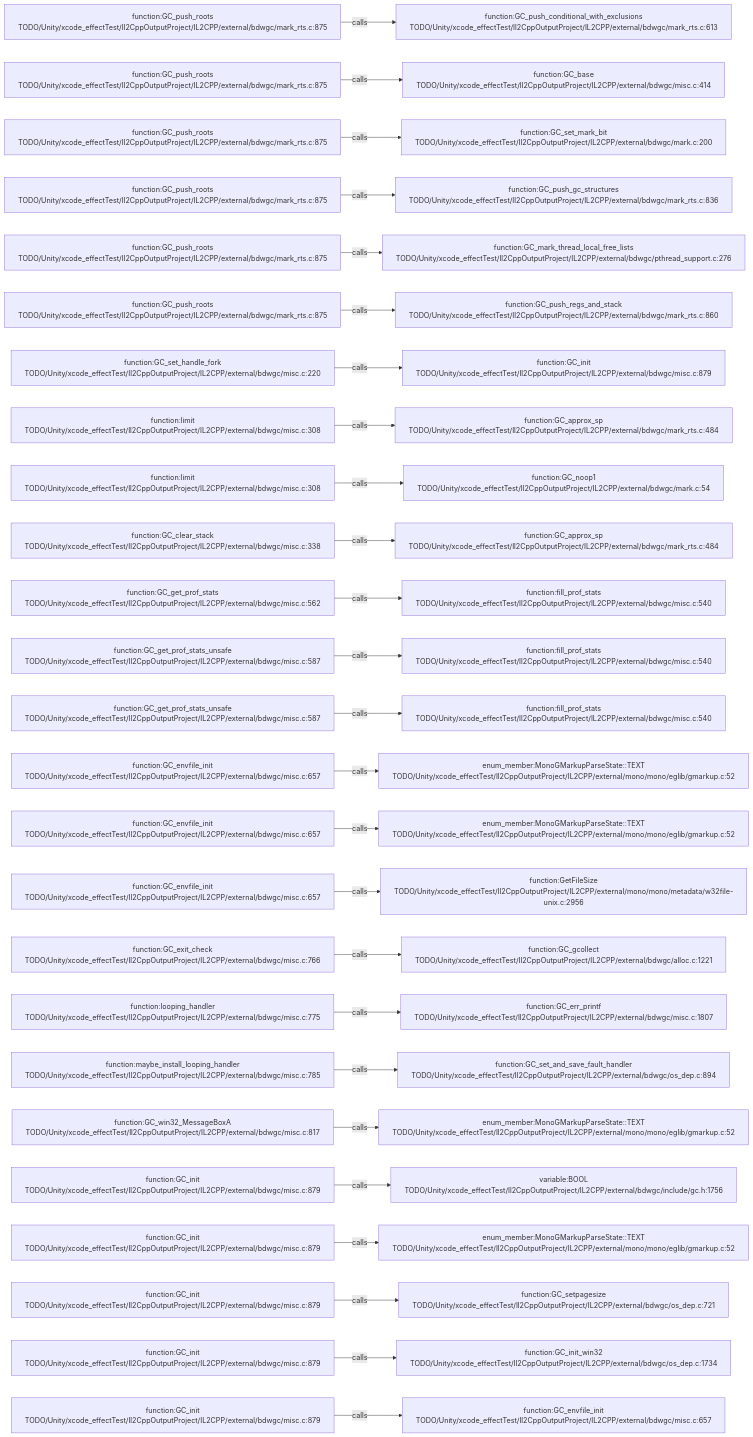
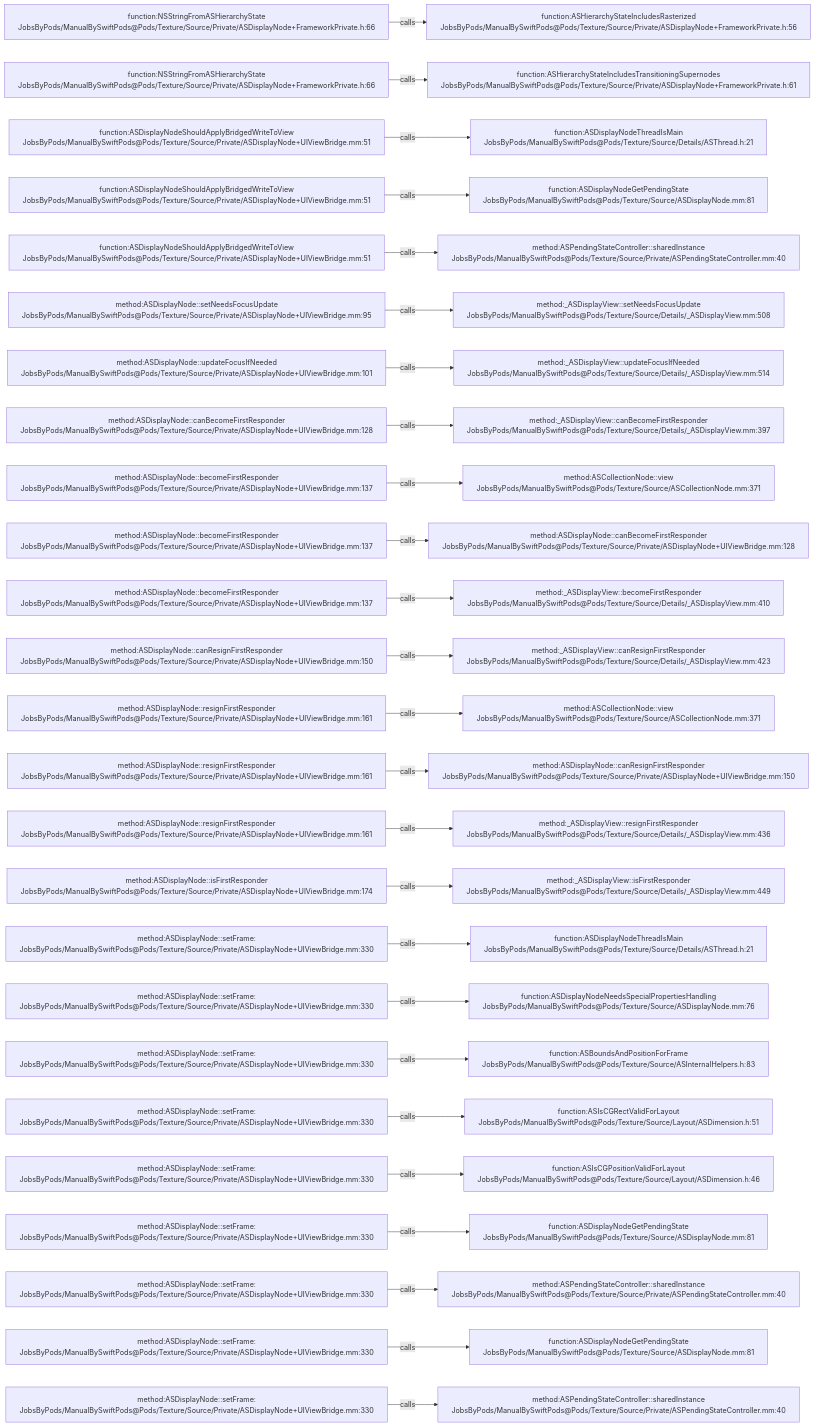
The diagram in .codegraph/codegraph.md/graphs/calls-137.md (JobsKits/JobsSwiftBaseConfigDemo), drawn with Mermaid before and after one commit. The commit also changed 2959 other files, not shown here.

````diff
--- a/.codegraph/codegraph.md/graphs/calls-137.md
+++ b/.codegraph/codegraph.md/graphs/calls-137.md
@@ -13,78 +13,78 @@
 ```mermaid
 flowchart LR
-  S1["function:GC_push_roots<br/>TODO/Unity/xcode_effectTest/Il2CppOutputProject/IL2CPP/external/bdwgc/mark_rts.c:875"]
-  T1["function:GC_push_conditional_with_exclusions<br/>TODO/Unity/xcode_effectTest/Il2CppOutputProject/IL2CPP/external/bdwgc/mark_rts.c:613"]
+  S1["function:NSStringFromASHierarchyState<br/>JobsByPods/ManualBySwiftPods@Pods/Texture/Source/Private/ASDisplayNode+FrameworkPrivate.h:66"]
+  T1["function:ASHierarchyStateIncludesRasterized<br/>JobsByPods/ManualBySwiftPods@Pods/Texture/Source/Private/ASDisplayNode+FrameworkPrivate.h:56"]
   S1 -->|calls| T1
-  S2["function:GC_push_roots<br/>TODO/Unity/xcode_effectTest/Il2CppOutputProject/IL2CPP/external/bdwgc/mark_rts.c:875"]
-  T2["function:GC_base<br/>TODO/Unity/xcode_effectTest/Il2CppOutputProject/IL2CPP/external/bdwgc/misc.c:414"]
+  S2["function:NSStringFromASHierarchyState<br/>JobsByPods/ManualBySwiftPods@Pods/Texture/Source/Private/ASDisplayNode+FrameworkPrivate.h:66"]
+  T2["function:ASHierarchyStateIncludesTransitioningSupernodes<br/>JobsByPods/ManualBySwiftPods@Pods/Texture/Source/Private/ASDisplayNode+FrameworkPrivate.h:61"]
   S2 -->|calls| T2
-  S3["function:GC_push_roots<br/>TODO/Unity/xcode_effectTest/Il2CppOutputProject/IL2CPP/external/bdwgc/mark_rts.c:875"]
-  T3["function:GC_set_mark_bit<br/>TODO/Unity/xcode_effectTest/Il2CppOutputProject/IL2CPP/external/bdwgc/mark.c:200"]
+  S3["function:ASDisplayNodeShouldApplyBridgedWriteToView<br/>JobsByPods/ManualBySwiftPods@Pods/Texture/Source/Private/ASDisplayNode+UIViewBridge.mm:51"]
+  T3["function:ASDisplayNodeThreadIsMain<br/>JobsByPods/ManualBySwiftPods@Pods/Texture/Source/Details/ASThread.h:21"]
   S3 -->|calls| T3
-  S4["function:GC_push_roots<br/>TODO/Unity/xcode_effectTest/Il2CppOutputProject/IL2CPP/external/bdwgc/mark_rts.c:875"]
-  T4["function:GC_push_gc_structures<br/>TODO/Unity/xcode_effectTest/Il2CppOutputProject/IL2CPP/external/bdwgc/mark_rts.c:836"]
+  S4["function:ASDisplayNodeShouldApplyBridgedWriteToView<br/>JobsByPods/ManualBySwiftPods@Pods/Texture/Source/Private/ASDisplayNode+UIViewBridge.mm:51"]
+  T4["function:ASDisplayNodeGetPendingState<br/>JobsByPods/ManualBySwiftPods@Pods/Texture/Source/ASDisplayNode.mm:81"]
   S4 -->|calls| T4
-  S5["function:GC_push_roots<br/>TODO/Unity/xcode_effectTest/Il2CppOutputProject/IL2CPP/external/bdwgc/mark_rts.c:875"]
-  T5["function:GC_mark_thread_local_free_lists<br/>TODO/Unity/xcode_effectTest/Il2CppOutputProject/IL2CPP/external/bdwgc/pthread_support.c:276"]
+  S5["function:ASDisplayNodeShouldApplyBridgedWriteToView<br/>JobsByPods/ManualBySwiftPods@Pods/Texture/Source/Private/ASDisplayNode+UIViewBridge.mm:51"]
+  T5["method:ASPendingStateController::sharedInstance<br/>JobsByPods/ManualBySwiftPods@Pods/Texture/Source/Private/ASPendingStateController.mm:40"]
   S5 -->|calls| T5
-  S6["function:GC_push_roots<br/>TODO/Unity/xcode_effectTest/Il2CppOutputProject/IL2CPP/external/bdwgc/mark_rts.c:875"]
-  T6["function:GC_push_regs_and_stack<br/>TODO/Unity/xcode_effectTest/Il2CppOutputProject/IL2CPP/external/bdwgc/mark_rts.c:860"]
+  S6["method:ASDisplayNode::setNeedsFocusUpdate<br/>JobsByPods/ManualBySwiftPods@Pods/Texture/Source/Private/ASDisplayNode+UIViewBridge.mm:95"]
+  T6["method:_ASDisplayView::setNeedsFocusUpdate<br/>JobsByPods/ManualBySwiftPods@Pods/Texture/Source/Details/_ASDisplayView.mm:508"]
   S6 -->|calls| T6
-  S7["function:GC_set_handle_fork<br/>TODO/Unity/xcode_effectTest/Il2CppOutputProject/IL2CPP/external/bdwgc/misc.c:220"]
-  T7["function:GC_init<br/>TODO/Unity/xcode_effectTest/Il2CppOutputProject/IL2CPP/external/bdwgc/misc.c:879"]
+  S7["method:ASDisplayNode::updateFocusIfNeeded<br/>JobsByPods/ManualBySwiftPods@Pods/Texture/Source/Private/ASDisplayNode+UIViewBridge.mm:101"]
+  T7["method:_ASDisplayView::updateFocusIfNeeded<br/>JobsByPods/ManualBySwiftPods@Pods/Texture/Source/Details/_ASDisplayView.mm:514"]
   S7 -->|calls| T7
-  S8["function:limit<br/>TODO/Unity/xcode_effectTest/Il2CppOutputProject/IL2CPP/external/bdwgc/misc.c:308"]
-  T8["function:GC_approx_sp<br/>TODO/Unity/xcode_effectTest/Il2CppOutputProject/IL2CPP/external/bdwgc/mark_rts.c:484"]
+  S8["method:ASDisplayNode::canBecomeFirstResponder<br/>JobsByPods/ManualBySwiftPods@Pods/Texture/Source/Private/ASDisplayNode+UIViewBridge.mm:128"]
+  T8["method:_ASDisplayView::canBecomeFirstResponder<br/>JobsByPods/ManualBySwiftPods@Pods/Texture/Source/Details/_ASDisplayView.mm:397"]
   S8 -->|calls| T8
-  S9["function:limit<br/>TODO/Unity/xcode_effectTest/Il2CppOutputProject/IL2CPP/external/bdwgc/misc.c:308"]
-  T9["function:GC_noop1<br/>TODO/Unity/xcode_effectTest/Il2CppOutputProject/IL2CPP/external/bdwgc/mark.c:54"]
+  S9["method:ASDisplayNode::becomeFirstResponder<br/>JobsByPods/ManualBySwiftPods@Pods/Texture/Source/Private/ASDisplayNode+UIViewBridge.mm:137"]
+  T9["method:ASCollectionNode::view<br/>JobsByPods/ManualBySwiftPods@Pods/Texture/Source/ASCollectionNode.mm:371"]
   S9 -->|calls| T9
-  S10["function:GC_clear_stack<br/>TODO/Unity/xcode_effectTest/Il2CppOutputProject/IL2CPP/external/bdwgc/misc.c:338"]
-  T10["function:GC_approx_sp<br/>TODO/Unity/xcode_effectTest/Il2CppOutputProject/IL2CPP/external/bdwgc/mark_rts.c:484"]
+  S10["method:ASDisplayNode::becomeFirstResponder<br/>JobsByPods/ManualBySwiftPods@Pods/Texture/Source/Private/ASDisplayNode+UIViewBridge.mm:137"]
+  T10["method:ASDisplayNode::canBecomeFirstResponder<br/>JobsByPods/ManualBySwiftPods@Pods/Texture/Source/Private/ASDisplayNode+UIViewBridge.mm:128"]
   S10 -->|calls| T10
-  S11["function:GC_get_prof_stats<br/>TODO/Unity/xcode_effectTest/Il2CppOutputProject/IL2CPP/external/bdwgc/misc.c:562"]
-  T11["function:fill_prof_stats<br/>TODO/Unity/xcode_effectTest/Il2CppOutputProject/IL2CPP/external/bdwgc/misc.c:540"]
+  S11["method:ASDisplayNode::becomeFirstResponder<br/>JobsByPods/ManualBySwiftPods@Pods/Texture/Source/Private/ASDisplayNode+UIViewBridge.mm:137"]
+  T11["method:_ASDisplayView::becomeFirstResponder<br/>JobsByPods/ManualBySwiftPods@Pods/Texture/Source/Details/_ASDisplayView.mm:410"]
   S11 -->|calls| T11
-  S12["function:GC_get_prof_stats_unsafe<br/>TODO/Unity/xcode_effectTest/Il2CppOutputProject/IL2CPP/external/bdwgc/misc.c:587"]
-  T12["function:fill_prof_stats<br/>TODO/Unity/xcode_effectTest/Il2CppOutputProject/IL2CPP/external/bdwgc/misc.c:540"]
+  S12["method:ASDisplayNode::canResignFirstResponder<br/>JobsByPods/ManualBySwiftPods@Pods/Texture/Source/Private/ASDisplayNode+UIViewBridge.mm:150"]
+  T12["method:_ASDisplayView::canResignFirstResponder<br/>JobsByPods/ManualBySwiftPods@Pods/Texture/Source/Details/_ASDisplayView.mm:423"]
   S12 -->|calls| T12
-  S13["function:GC_get_prof_stats_unsafe<br/>TODO/Unity/xcode_effectTest/Il2CppOutputProject/IL2CPP/external/bdwgc/misc.c:587"]
-  T13["function:fill_prof_stats<br/>TODO/Unity/xcode_effectTest/Il2CppOutputProject/IL2CPP/external/bdwgc/misc.c:540"]
+  S13["method:ASDisplayNode::resignFirstResponder<br/>JobsByPods/ManualBySwiftPods@Pods/Texture/Source/Private/ASDisplayNode+UIViewBridge.mm:161"]
+  T13["method:ASCollectionNode::view<br/>JobsByPods/ManualBySwiftPods@Pods/Texture/Source/ASCollectionNode.mm:371"]
   S13 -->|calls| T13
-  S14["function:GC_envfile_init<br/>TODO/Unity/xcode_effectTest/Il2CppOutputProject/IL2CPP/external/bdwgc/misc.c:657"]
-  T14["enum_member:MonoGMarkupParseState::TEXT<br/>TODO/Unity/xcode_effectTest/Il2CppOutputProject/IL2CPP/external/mono/mono/eglib/gmarkup.c:52"]
+  S14["method:ASDisplayNode::resignFirstResponder<br/>JobsByPods/ManualBySwiftPods@Pods/Texture/Source/Private/ASDisplayNode+UIViewBridge.mm:161"]
+  T14["method:ASDisplayNode::canResignFirstResponder<br/>JobsByPods/ManualBySwiftPods@Pods/Texture/Source/Private/ASDisplayNode+UIViewBridge.mm:150"]
   S14 -->|calls| T14
-  S15["function:GC_envfile_init<br/>TODO/Unity/xcode_effectTest/Il2CppOutputProject/IL2CPP/external/bdwgc/misc.c:657"]
-  T15["enum_member:MonoGMarkupParseState::TEXT<br/>TODO/Unity/xcode_effectTest/Il2CppOutputProject/IL2CPP/external/mono/mono/eglib/gmarkup.c:52"]
+  S15["method:ASDisplayNode::resignFirstResponder<br/>JobsByPods/ManualBySwiftPods@Pods/Texture/Source/Private/ASDisplayNode+UIViewBridge.mm:161"]
+  T15["method:_ASDisplayView::resignFirstResponder<br/>JobsByPods/ManualBySwiftPods@Pods/Texture/Source/Details/_ASDisplayView.mm:436"]
   S15 -->|calls| T15
-  S16["function:GC_envfile_init<br/>TODO/Unity/xcode_effectTest/Il2CppOutputProject/IL2CPP/external/bdwgc/misc.c:657"]
-  T16["function:GetFileSize<br/>TODO/Unity/xcode_effectTest/Il2CppOutputProject/IL2CPP/external/mono/mono/metadata/w32file-unix.c:2956"]
+  S16["method:ASDisplayNode::isFirstResponder<br/>JobsByPods/ManualBySwiftPods@Pods/Texture/Source/Private/ASDisplayNode+UIViewBridge.mm:174"]
+  T16["method:_ASDisplayView::isFirstResponder<br/>JobsByPods/ManualBySwiftPods@Pods/Texture/Source/Details/_ASDisplayView.mm:449"]
   S16 -->|calls| T16
-  S17["function:GC_exit_check<br/>TODO/Unity/xcode_effectTest/Il2CppOutputProject/IL2CPP/external/bdwgc/misc.c:766"]
-  T17["function:GC_gcollect<br/>TODO/Unity/xcode_effectTest/Il2CppOutputProject/IL2CPP/external/bdwgc/alloc.c:1221"]
+  S17["method:ASDisplayNode::setFrame:<br/>JobsByPods/ManualBySwiftPods@Pods/Texture/Source/Private/ASDisplayNode+UIViewBridge.mm:330"]
+  T17["function:ASDisplayNodeThreadIsMain<br/>JobsByPods/ManualBySwiftPods@Pods/Texture/Source/Details/ASThread.h:21"]
   S17 -->|calls| T17
-  S18["function:looping_handler<br/>TODO/Unity/xcode_effectTest/Il2CppOutputProject/IL2CPP/external/bdwgc/misc.c:775"]
-  T18["function:GC_err_printf<br/>TODO/Unity/xcode_effectTest/Il2CppOutputProject/IL2CPP/external/bdwgc/misc.c:1807"]
+  S18["method:ASDisplayNode::setFrame:<br/>JobsByPods/ManualBySwiftPods@Pods/Texture/Source/Private/ASDisplayNode+UIViewBridge.mm:330"]
+  T18["function:ASDisplayNodeNeedsSpecialPropertiesHandling<br/>JobsByPods/ManualBySwiftPods@Pods/Texture/Source/ASDisplayNode.mm:76"]
   S18 -->|calls| T18
-  S19["function:maybe_install_looping_handler<br/>TODO/Unity/xcode_effectTest/Il2CppOutputProject/IL2CPP/external/bdwgc/misc.c:785"]
-  T19["function:GC_set_and_save_fault_handler<br/>TODO/Unity/xcode_effectTest/Il2CppOutputProject/IL2CPP/external/bdwgc/os_dep.c:894"]
+  S19["method:ASDisplayNode::setFrame:<br/>JobsByPods/ManualBySwiftPods@Pods/Texture/Source/Private/ASDisplayNode+UIViewBridge.mm:330"]
+  T19["function:ASBoundsAndPositionForFrame<br/>JobsByPods/ManualBySwiftPods@Pods/Texture/Source/ASInternalHelpers.h:83"]
   S19 -->|calls| T19
-  S20["function:GC_win32_MessageBoxA<br/>TODO/Unity/xcode_effectTest/Il2CppOutputProject/IL2CPP/external/bdwgc/misc.c:817"]
-  T20["enum_member:MonoGMarkupParseState::TEXT<br/>TODO/Unity/xcode_effectTest/Il2CppOutputProject/IL2CPP/external/mono/mono/eglib/gmarkup.c:52"]
+  S20["method:ASDisplayNode::setFrame:<br/>JobsByPods/ManualBySwiftPods@Pods/Texture/Source/Private/ASDisplayNode+UIViewBridge.mm:330"]
+  T20["function:ASIsCGRectValidForLayout<br/>JobsByPods/ManualBySwiftPods@Pods/Texture/Source/Layout/ASDimension.h:51"]
   S20 -->|calls| T20
-  S21["function:GC_init<br/>TODO/Unity/xcode_effectTest/Il2CppOutputProject/IL2CPP/external/bdwgc/misc.c:879"]
-  T21["variable:BOOL<br/>TODO/Unity/xcode_effectTest/Il2CppOutputProject/IL2CPP/external/bdwgc/include/gc.h:1756"]
+  S21["method:ASDisplayNode::setFrame:<br/>JobsByPods/ManualBySwiftPods@Pods/Texture/Source/Private/ASDisplayNode+UIViewBridge.mm:330"]
+  T21["function:ASIsCGPositionValidForLayout<br/>JobsByPods/ManualBySwiftPods@Pods/Texture/Source/Layout/ASDimension.h:46"]
   S21 -->|calls| T21
-  S22["function:GC_init<br/>TODO/Unity/xcode_effectTest/Il2CppOutputProject/IL2CPP/external/bdwgc/misc.c:879"]
-  T22["enum_member:MonoGMarkupParseState::TEXT<br/>TODO/Unity/xcode_effectTest/Il2CppOutputProject/IL2CPP/external/mono/mono/eglib/gmarkup.c:52"]
+  S22["method:ASDisplayNode::setFrame:<br/>JobsByPods/ManualBySwiftPods@Pods/Texture/Source/Private/ASDisplayNode+UIViewBridge.mm:330"]
+  T22["function:ASDisplayNodeGetPendingState<br/>JobsByPods/ManualBySwiftPods@Pods/Texture/Source/ASDisplayNode.mm:81"]
   S22 -->|calls| T22
-  S23["function:GC_init<br/>TODO/Unity/xcode_effectTest/Il2CppOutputProject/IL2CPP/external/bdwgc/misc.c:879"]
-  T23["function:GC_setpagesize<br/>TODO/Unity/xcode_effectTest/Il2CppOutputProject/IL2CPP/external/bdwgc/os_dep.c:721"]
+  S23["method:ASDisplayNode::setFrame:<br/>JobsByPods/ManualBySwiftPods@Pods/Texture/Source/Private/ASDisplayNode+UIViewBridge.mm:330"]
+  T23["method:ASPendingStateController::sharedInstance<br/>JobsByPods/ManualBySwiftPods@Pods/Texture/Source/Private/ASPendingStateController.mm:40"]
   S23 -->|calls| T23
-  S24["function:GC_init<br/>TODO/Unity/xcode_effectTest/Il2CppOutputProject/IL2CPP/external/bdwgc/misc.c:879"]
-  T24["function:GC_init_win32<br/>TODO/Unity/xcode_effectTest/Il2CppOutputProject/IL2CPP/external/bdwgc/os_dep.c:1734"]
+  S24["method:ASDisplayNode::setFrame:<br/>JobsByPods/ManualBySwiftPods@Pods/Texture/Source/Private/ASDisplayNode+UIViewBridge.mm:330"]
+  T24["function:ASDisplayNodeGetPendingState<br/>JobsByPods/ManualBySwiftPods@Pods/Texture/Source/ASDisplayNode.mm:81"]
   S24 -->|calls| T24
-  S25["function:GC_init<br/>TODO/Unity/xcode_effectTest/Il2CppOutputProject/IL2CPP/external/bdwgc/misc.c:879"]
-  T25["function:GC_envfile_init<br/>TODO/Unity/xcode_effectTest/Il2CppOutputProject/IL2CPP/external/bdwgc/misc.c:657"]
+  S25["method:ASDisplayNode::setFrame:<br/>JobsByPods/ManualBySwiftPods@Pods/Texture/Source/Private/ASDisplayNode+UIViewBridge.mm:330"]
+  T25["method:ASPendingStateController::sharedInstance<br/>JobsByPods/ManualBySwiftPods@Pods/Texture/Source/Private/ASPendingStateController.mm:40"]
   S25 -->|calls| T25
 ```
````
